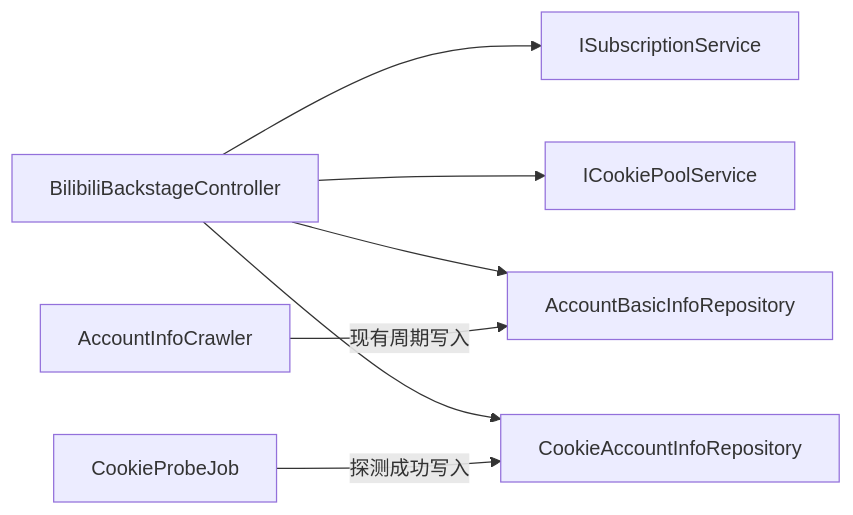
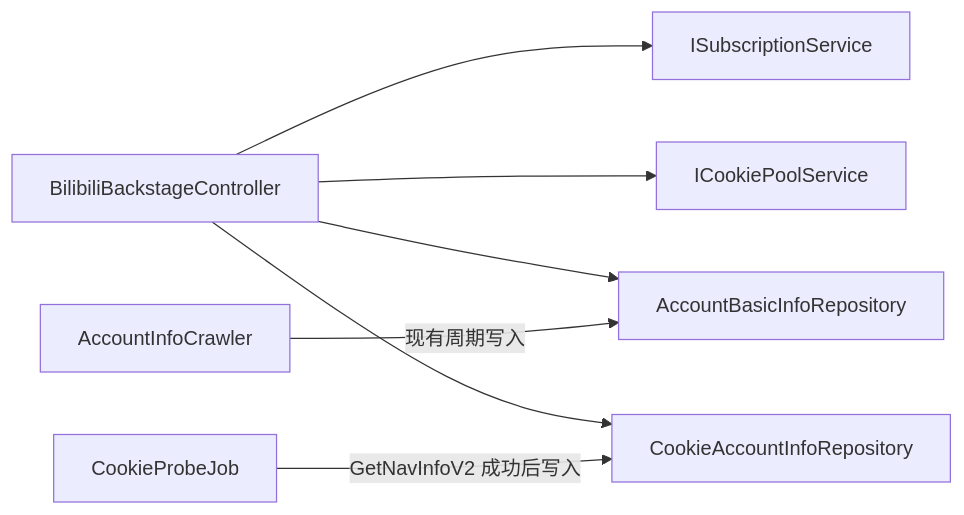
Before and after one commit to Deliay/z-vtuber: the second of 3 diagrams in docs/engineering/proposals/20260828-proposal-backstage-data-aggregation.md, drawn with Mermaid. The commit also changed other lines of this file and 1 other file, not shown here.

Commit message:
docs: 返工修订——Cookie 帐号信息使用 GetNavInfoV2 落库，列表仅展示昵称

````diff
--- a/docs/engineering/proposals/20260828-proposal-backstage-data-aggregation.md
+++ b/docs/engineering/proposals/20260828-proposal-backstage-data-aggregation.md
@@ -67,9 +71,9 @@
 ```mermaid
 graph LR
     BSC[BilibiliBackstageController] --> SS[ISubscriptionService]
     BSC --> CPS[ICookiePoolService]
     BSC --> ABI[AccountBasicInfoRepository]
     BSC --> CAI[CookieAccountInfoRepository]
-    CPJ[CookieProbeJob] -->|探测成功写入| CAI
+    CPJ[CookieProbeJob] -->|GetNavInfoV2 成功后写入| CAI
     AIC[AccountInfoCrawler] -->|现有周期写入| ABI
 ```
````
